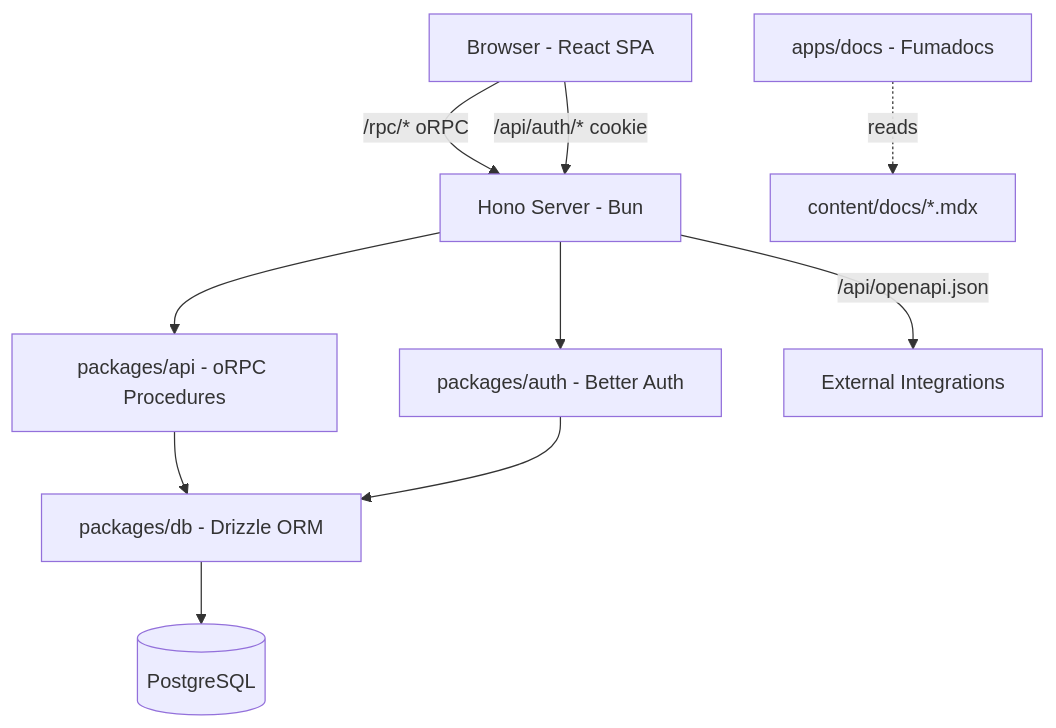
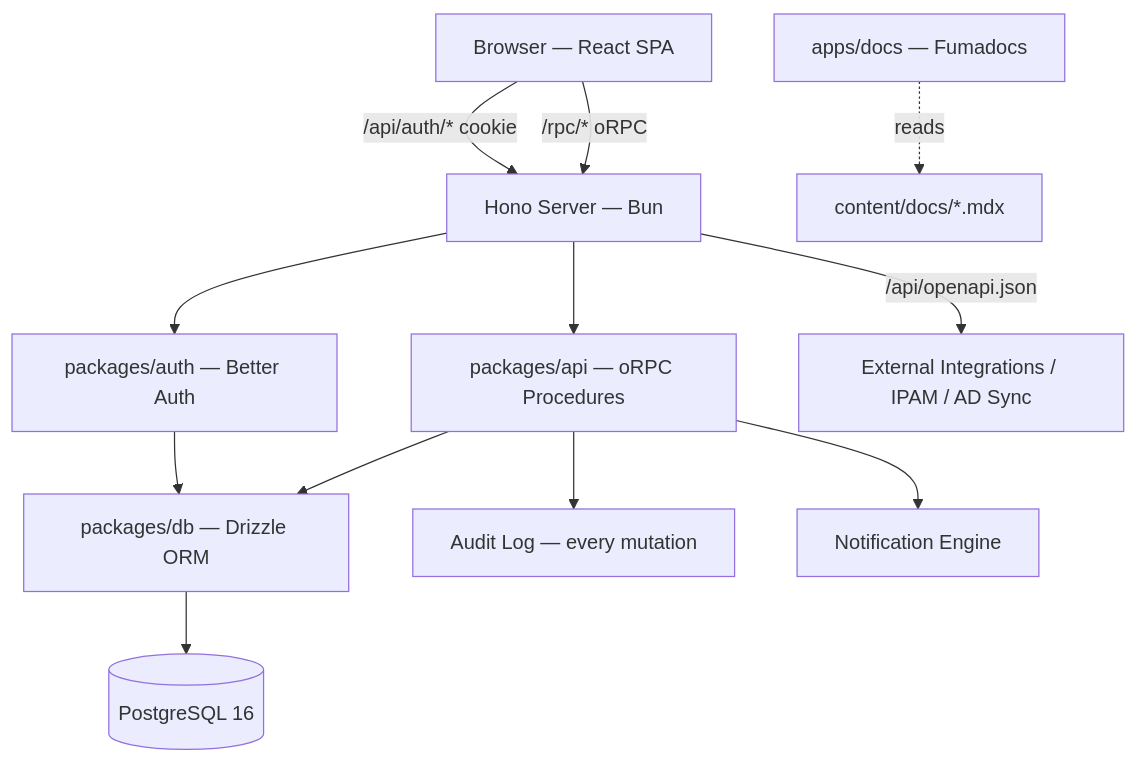
Before and after one commit to kareemschultz/ndma-dcs-staff-portal: the diagram in README.md, drawn with Mermaid. The commit also changed other lines of this file and 7 other files, not shown here.

First line of the commit message:
feat(access): v2 hybrid sync schema + integrations + reconciliation; fix org naming

````diff
--- a/README.md
+++ b/README.md
@@ -242,12 +268,14 @@
 ```mermaid
 graph TB
-    A[Browser - React SPA] -->|/rpc/* oRPC| B[Hono Server - Bun]
+    A[Browser — React SPA] -->|/rpc/* oRPC| B[Hono Server — Bun]
     A -->|/api/auth/* cookie| B
-    B --> C[packages/api - oRPC Procedures]
-    B --> D[packages/auth - Better Auth]
-    C --> E[packages/db - Drizzle ORM]
+    B --> C[packages/api — oRPC Procedures]
+    B --> D[packages/auth — Better Auth]
+    C --> E[packages/db — Drizzle ORM]
     D --> E
-    E --> F[(PostgreSQL)]
-    G[apps/docs - Fumadocs] -.->|reads| H[content/docs/*.mdx]
-    B -->|/api/openapi.json| I[External Integrations]
+    E --> F[(PostgreSQL 16)]
+    C --> G[Audit Log — every mutation]
+    C --> H[Notification Engine]
+    I[apps/docs — Fumadocs] -.->|reads| J[content/docs/*.mdx]
+    B -->|/api/openapi.json| K[External Integrations / IPAM / AD Sync]
 ```
````
